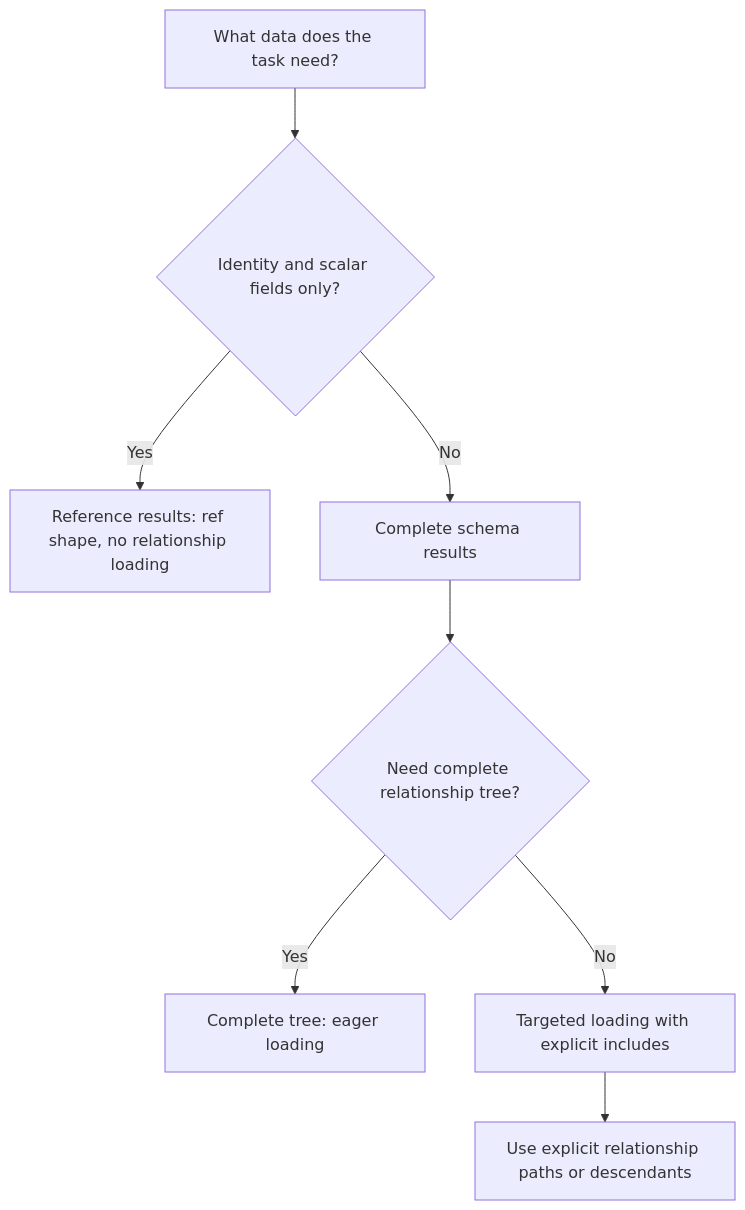
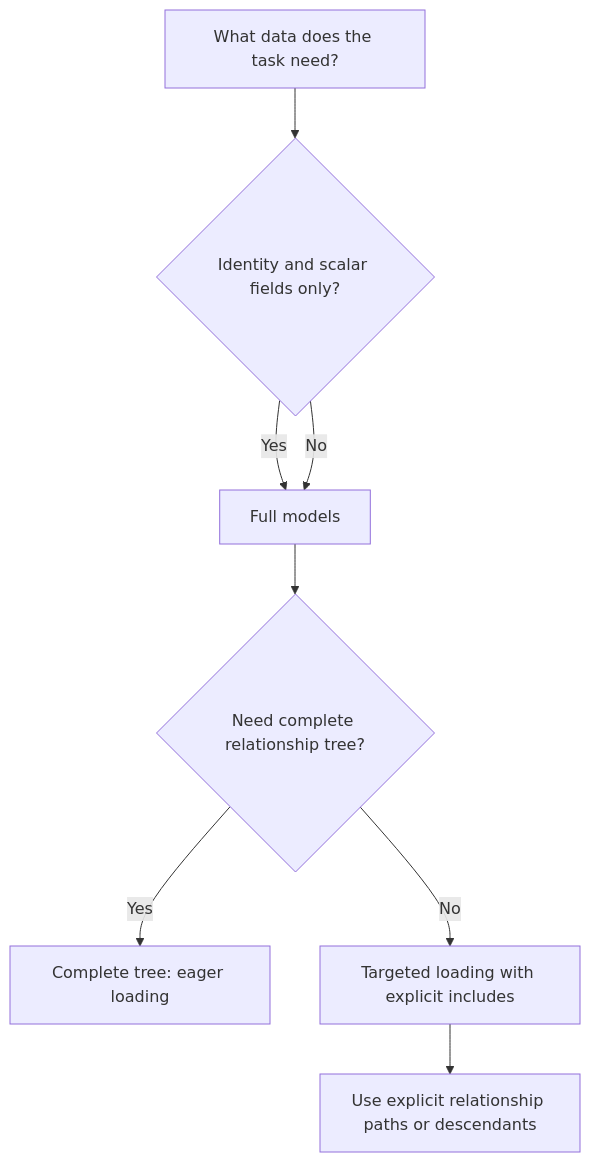
The diagram in docs/how-to/choose-query-shape-and-loading.qmd (NSLS2/recap), drawn with Mermaid before and after one commit. The commit also changed other lines of this file and 11 other files, not shown here.

Commit message:
docs: document REST query architecture

````diff
--- a/docs/how-to/choose-query-shape-and-loading.qmd
+++ b/docs/how-to/choose-query-shape-and-loading.qmd
@@ -10,12 +10,12 @@
 ```{mermaid}
 %%| fig-cap: "Choosing RECAP query shape and relationship loading"
 flowchart TD
     Start[What data does the task need?]
     Start --> Identity{Identity and scalar fields only?}
-    Identity -->|Yes| Ref[Reference results: ref shape, no relationship loading]
-    Identity -->|No| Full[Complete schema results]
+    Identity -->|Yes| Full[Full models with no relationship loading]
+    Identity -->|No| Full[Full models]
     Full --> Complete{Need complete relationship tree?}
     Complete -->|Yes| Eager[Complete tree: eager loading]
     Complete -->|No| Targeted[Targeted loading with explicit includes]
     Targeted --> Bounded[Use explicit relationship paths or descendants]
 ```
````
